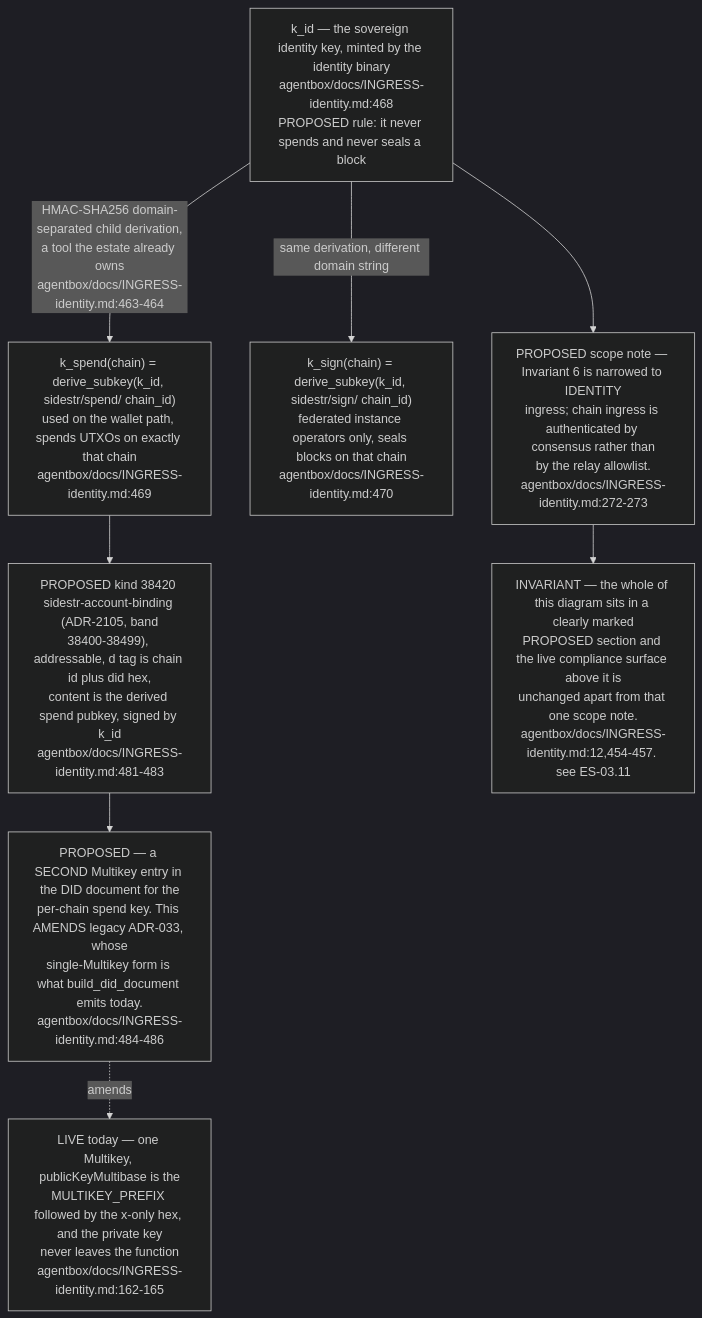
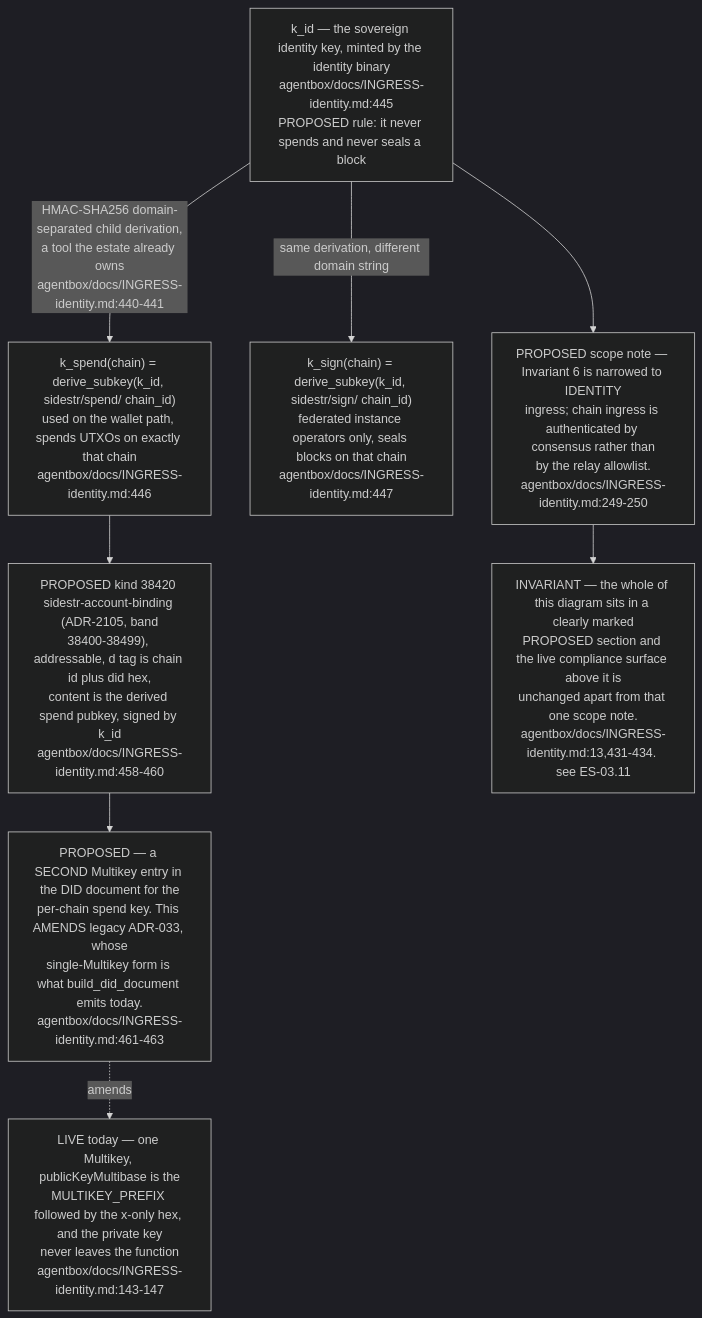
Before and after one commit to DreamLab-AI/VisionFlow: the sixth of 6 diagrams in docs/diagrams/estate/04-identity-mesh-did-nostr.md, drawn with Mermaid (dark theme). The commit also changed other lines of this file and 145 other files, not shown here.

````diff
--- a/docs/diagrams/estate/04-identity-mesh-did-nostr.md
+++ b/docs/diagrams/estate/04-identity-mesh-did-nostr.md
@@ -266,25 +270,25 @@
 ```mermaid
 flowchart TB
-    KID["k_id — the sovereign identity key, minted by the identity binary<br/>agentbox/docs/INGRESS-identity.md:468<br/>PROPOSED rule: it never spends and never seals a block"]
+    KID["k_id — the sovereign identity key, minted by the identity binary<br/>agentbox/docs/INGRESS-identity.md:445<br/>PROPOSED rule: it never spends and never seals a block"]
 
-    SPEND["k_spend(chain) = derive_subkey(k_id, sidestr/spend/ chain_id)<br/>used on the wallet path, spends UTXOs on exactly that chain<br/>agentbox/docs/INGRESS-identity.md:469"]
-    SIGN["k_sign(chain) = derive_subkey(k_id, sidestr/sign/ chain_id)<br/>federated instance operators only, seals blocks on that chain<br/>agentbox/docs/INGRESS-identity.md:470"]
+    SPEND["k_spend(chain) = derive_subkey(k_id, sidestr/spend/ chain_id)<br/>used on the wallet path, spends UTXOs on exactly that chain<br/>agentbox/docs/INGRESS-identity.md:446"]
+    SIGN["k_sign(chain) = derive_subkey(k_id, sidestr/sign/ chain_id)<br/>federated instance operators only, seals blocks on that chain<br/>agentbox/docs/INGRESS-identity.md:447"]
 
-    KID -->|"HMAC-SHA256 domain-separated child derivation,<br/>a tool the estate already owns<br/>agentbox/docs/INGRESS-identity.md:463-464"| SPEND
+    KID -->|"HMAC-SHA256 domain-separated child derivation,<br/>a tool the estate already owns<br/>agentbox/docs/INGRESS-identity.md:440-441"| SPEND
     KID -->|"same derivation, different domain string"| SIGN
 
-    BIND["PROPOSED kind 38420 sidestr-account-binding (ADR-2105, band<br/>38400-38499), addressable, d tag is chain id plus did hex,<br/>content is the derived spend pubkey, signed by k_id<br/>agentbox/docs/INGRESS-identity.md:481-483"]
+    BIND["PROPOSED kind 38420 sidestr-account-binding (ADR-2105, band<br/>38400-38499), addressable, d tag is chain id plus did hex,<br/>content is the derived spend pubkey, signed by k_id<br/>agentbox/docs/INGRESS-identity.md:458-460"]
     SPEND --> BIND
 
-    MK["PROPOSED — a SECOND Multikey entry in the DID document for the<br/>per-chain spend key. This AMENDS legacy ADR-033, whose<br/>single-Multikey form is what build_did_document emits today.<br/>agentbox/docs/INGRESS-identity.md:484-486"]
+    MK["PROPOSED — a SECOND Multikey entry in the DID document for the<br/>per-chain spend key. This AMENDS legacy ADR-033, whose<br/>single-Multikey form is what build_did_document emits today.<br/>agentbox/docs/INGRESS-identity.md:461-463"]
     BIND --> MK
 
-    LIVE["LIVE today — one Multikey, publicKeyMultibase is the<br/>MULTIKEY_PREFIX followed by the x-only hex, and the private key<br/>never leaves the function<br/>agentbox/docs/INGRESS-identity.md:162-165"]
+    LIVE["LIVE today — one Multikey, publicKeyMultibase is the<br/>MULTIKEY_PREFIX followed by the x-only hex, and the private key<br/>never leaves the function<br/>agentbox/docs/INGRESS-identity.md:143-147"]
     MK -.->|"amends"| LIVE
 
-    SCOPE["PROPOSED scope note — Invariant 6 is narrowed to IDENTITY<br/>ingress; chain ingress is authenticated by consensus rather than<br/>by the relay allowlist.<br/>agentbox/docs/INGRESS-identity.md:272-273"]
+    SCOPE["PROPOSED scope note — Invariant 6 is narrowed to IDENTITY<br/>ingress; chain ingress is authenticated by consensus rather than<br/>by the relay allowlist.<br/>agentbox/docs/INGRESS-identity.md:249-250"]
     KID --> SCOPE
 
-    INV["INVARIANT — the whole of this diagram sits in a clearly marked<br/>PROPOSED section and the live compliance surface above it is<br/>unchanged apart from that one scope note.<br/>agentbox/docs/INGRESS-identity.md:12,454-457. see ES-03.11"]
+    INV["INVARIANT — the whole of this diagram sits in a clearly marked<br/>PROPOSED section and the live compliance surface above it is<br/>unchanged apart from that one scope note.<br/>agentbox/docs/INGRESS-identity.md:13,431-434. see ES-03.11"]
     SCOPE --> INV
 ```
````
